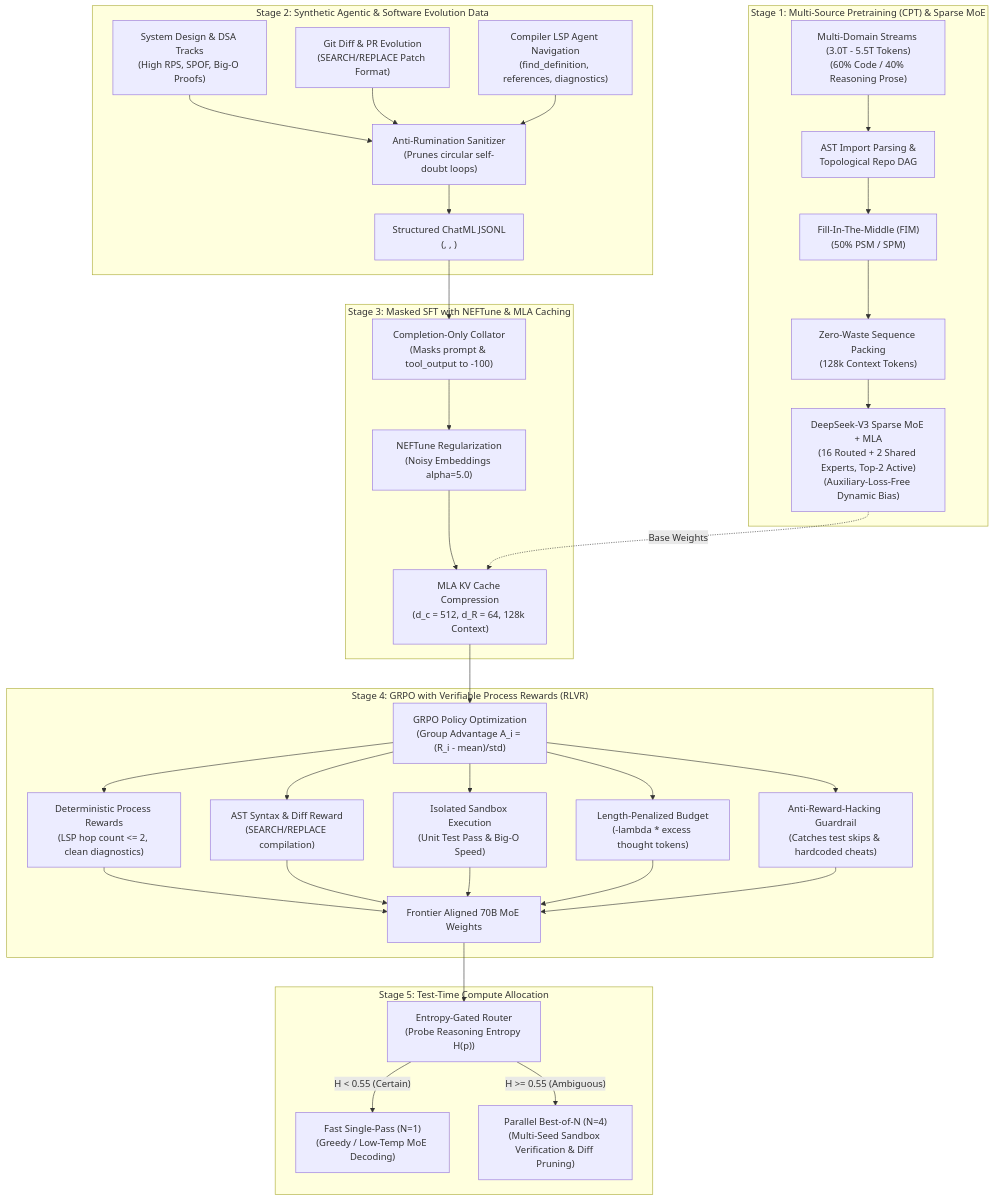
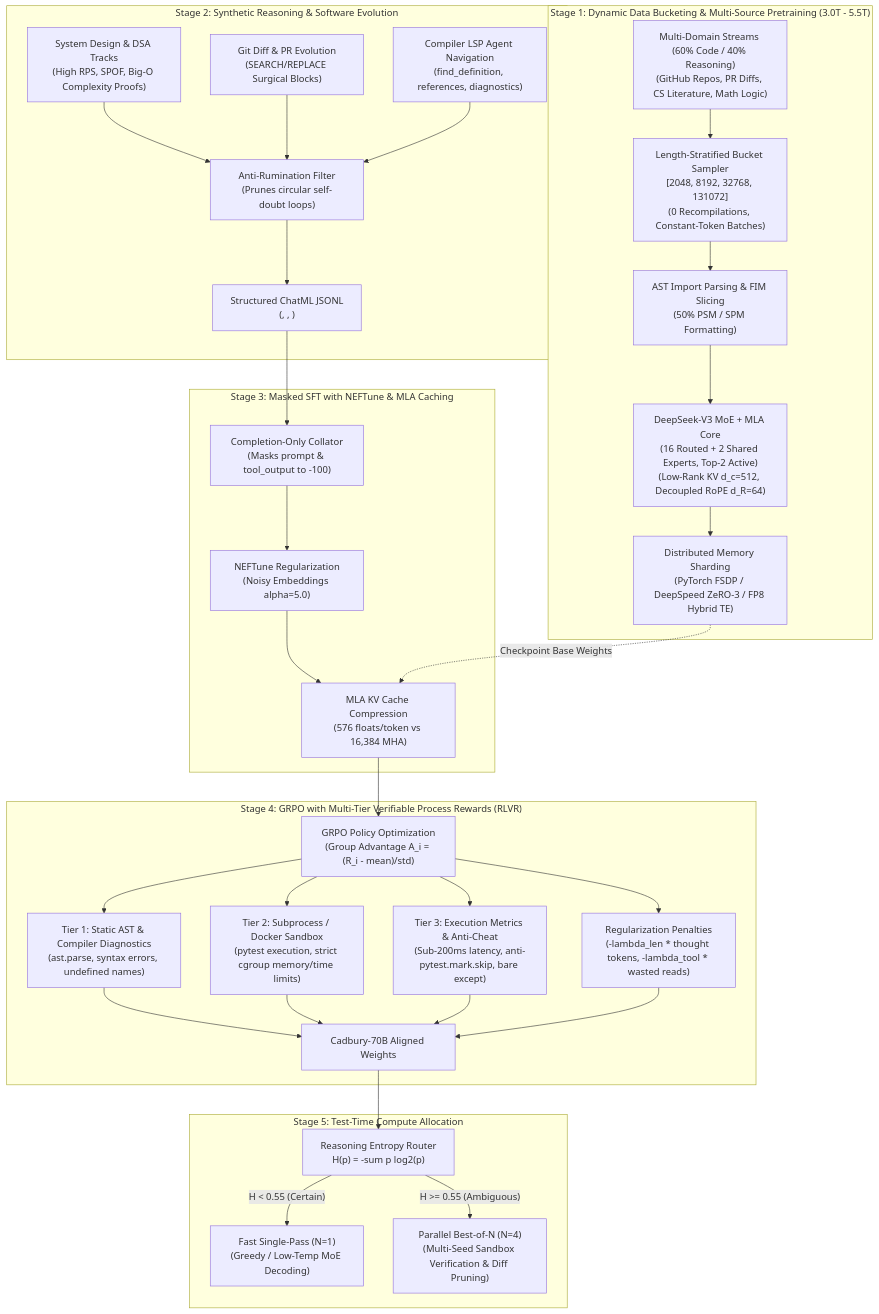
Before and after one commit to erexhost-lang/cadbury_chocolate_70b: the first of 5 diagrams in README.md, drawn with Mermaid. The commit also changed other lines of this file and 8 other files, not shown here.

Commit message:
Add dynamic length-stratified bucketing sampler, distributed memory sharding engine, and multi-tier GRPO verifier

````diff
--- a/README.md
+++ b/README.md
@@ -52,40 +47,39 @@
 ```mermaid
 flowchart TD
-    subgraph Stage1["Stage 1: Multi-Source Pretraining (CPT) & Sparse MoE"]
-        A1["Multi-Domain Streams (3.0T - 5.5T Tokens)\n(60% Code / 40% Reasoning Prose)"] --> A2["AST Import Parsing &\nTopological Repo DAG"]
-        A2 --> A3["Fill-In-The-Middle (FIM)\n(50% PSM / SPM)"]
-        A3 --> A4["Zero-Waste Sequence Packing\n(128k Context Tokens)"]
-        A4 --> A5["DeepSeek-V3 Sparse MoE + MLA\n(16 Routed + 2 Shared Experts, Top-2 Active)\n(Auxiliary-Loss-Free Dynamic Bias)"]
+    subgraph Stage1["Stage 1: Dynamic Data Bucketing & Multi-Source Pretraining (3.0T - 5.5T)"]
+        A1["Multi-Domain Streams (60% Code / 40% Reasoning)\n(GitHub Repos, PR Diffs, CS Literature, Math Logic)"] --> A2["Length-Stratified Bucket Sampler\n[2048, 8192, 32768, 131072]\n(0 Recompilations, Constant-Token Batches)"]
+        A2 --> A3["AST Import Parsing & FIM Slicing\n(50% PSM / SPM Formatting)"]
+        A3 --> A4["DeepSeek-V3 MoE + MLA Core\n(16 Routed + 2 Shared Experts, Top-2 Active)\n(Low-Rank KV d_c=512, Decoupled RoPE d_R=64)"]
+        A4 --> A5["Distributed Memory Sharding\n(PyTorch FSDP / DeepSpeed ZeRO-3 / FP8 Hybrid TE)"]
     end
 
-    subgraph Stage2["Stage 2: Synthetic Agentic & Software Evolution Data"]
-        B1["System Design & DSA Tracks\n(High RPS, SPOF, Big-O Proofs)"]
-        B2["Git Diff & PR Evolution\n(SEARCH/REPLACE Patch Format)"]
+    subgraph Stage2["Stage 2: Synthetic Reasoning & Software Evolution"]
+        B1["System Design & DSA Tracks\n(High RPS, SPOF, Big-O Complexity Proofs)"]
+        B2["Git Diff & PR Evolution\n(SEARCH/REPLACE Surgical Blocks)"]
         B3["Compiler LSP Agent Navigation\n(find_definition, references, diagnostics)"]
-        B1 & B2 & B3 --> B4["Anti-Rumination Sanitizer\n(Prunes circular self-doubt loops)"]
+        B1 & B2 & B3 --> B4["Anti-Rumination Filter\n(Prunes circular self-doubt loops)"]
         B4 --> B5["Structured ChatML JSONL\n(<think>, <hypothesis>, <tool_call>)"]
     end
 
     subgraph Stage3["Stage 3: Masked SFT with NEFTune & MLA Caching"]
         B5 --> C1["Completion-Only Collator\n(Masks prompt & tool_output to -100)"]
         C1 --> C2["NEFTune Regularization\n(Noisy Embeddings alpha=5.0)"]
-        C2 --> C3["MLA KV Cache Compression\n(d_c = 512, d_R = 64, 128k Context)"]
-        A5 -. Base Weights .-> C3
+        C2 --> C3["MLA KV Cache Compression\n(576 floats/token vs 16,384 MHA)"]
+        A5 -. Checkpoint Base Weights .-> C3
     end
 
-    subgraph Stage4["Stage 4: GRPO with Verifiable Process Rewards (RLVR)"]
+    subgraph Stage4["Stage 4: GRPO with Multi-Tier Verifiable Process Rewards (RLVR)"]
         C3 --> D1["GRPO Policy Optimization\n(Group Advantage A_i = (R_i - mean)/std)"]
-        D1 --> R1["Deterministic Process Rewards\n(LSP hop count <= 2, clean diagnostics)"]
-        D1 --> R2["AST Syntax & Diff Reward\n(SEARCH/REPLACE compilation)"]
-        D1 --> R3["Isolated Sandbox Execution\n(Unit Test Pass & Big-O Speed)"]
-        D1 --> R4["Length-Penalized Budget\n(-lambda * excess thought tokens)"]
-        D1 --> R5["Anti-Reward-Hacking Guardrail\n(Catches test skips & hardcoded cheats)"]
-        R1 & R2 & R3 & R4 & R5 --> D2["Frontier Aligned 70B MoE Weights"]
+        D1 --> T1["Tier 1: Static AST & Compiler Diagnostics\n(ast.parse, syntax errors, undefined names)"]
+        D1 --> T2["Tier 2: Subprocess / Docker Sandbox\n(pytest execution, strict cgroup memory/time limits)"]
+        D1 --> T3["Tier 3: Execution Metrics & Anti-Cheat\n(Sub-200ms latency, anti-pytest.mark.skip, bare except)"]
+        D1 --> T4["Regularization Penalties\n(-lambda_len * thought tokens, -lambda_tool * wasted reads)"]
+        T1 & T2 & T3 & T4 --> D2["Cadbury-70B Aligned Weights"]
     end
 
     subgraph Stage5["Stage 5: Test-Time Compute Allocation"]
-        D2 --> E1["Entropy-Gated Router\n(Probe Reasoning Entropy H(p))"]
+        D2 --> E1["Reasoning Entropy Router\nH(p) = -sum p log2(p)"]
         E1 -- "H < 0.55 (Certain)" --> E2["Fast Single-Pass (N=1)\n(Greedy / Low-Temp MoE Decoding)"]
         E1 -- "H >= 0.55 (Ambiguous)" --> E3["Parallel Best-of-N (N=4)\n(Multi-Seed Sandbox Verification & Diff Pruning)"]
     end
 ```
````
